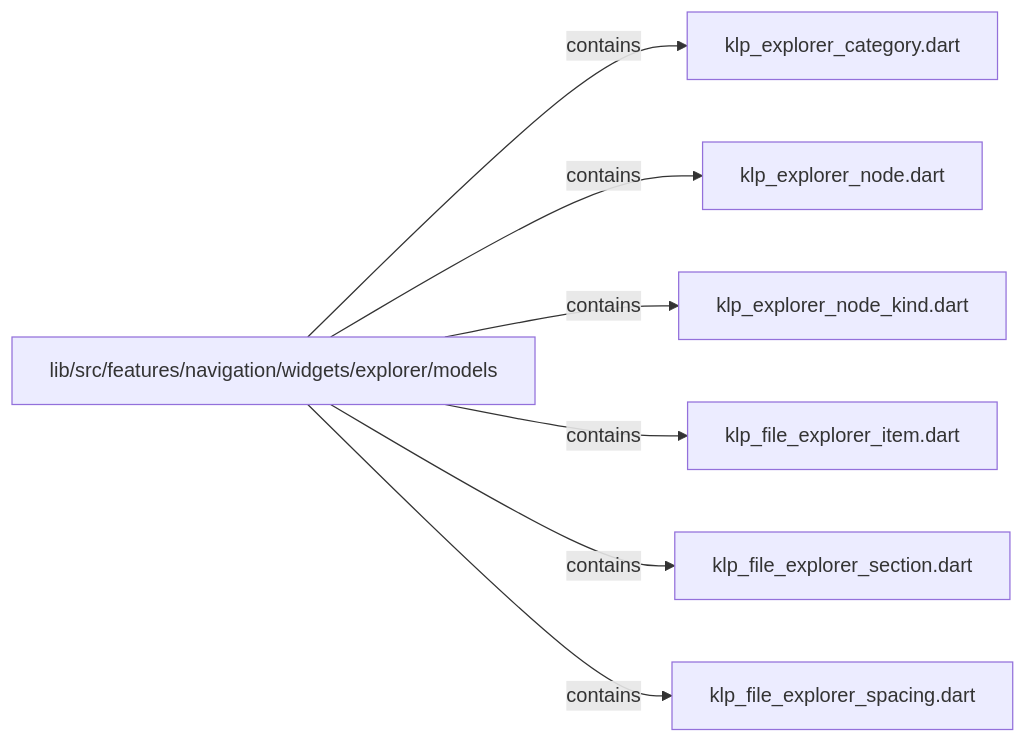
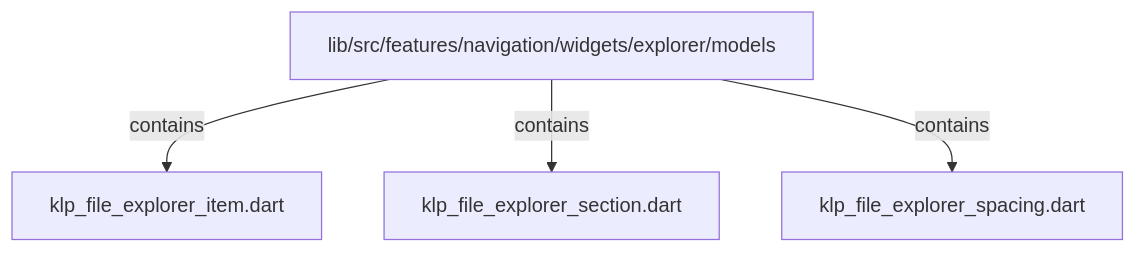
The second of 2 diagrams in docs/architecture/src/features/navigation/widgets/explorer/models/README.md (MiuDog/Kallopis), drawn with Mermaid before and after one commit. The commit also changed other lines of this file and 2796 other files, not shown here.

````diff
--- a/docs/architecture/src/features/navigation/widgets/explorer/models/README.md
+++ b/docs/architecture/src/features/navigation/widgets/explorer/models/README.md
@@ -26,16 +26,10 @@
 ```mermaid
-flowchart LR
+flowchart TD
 	n0["lib/src/features/navigation/widgets/explorer/models"]
-	n1["klp_explorer_category.dart"]
-	n2["klp_explorer_node.dart"]
-	n3["klp_explorer_node_kind.dart"]
-	n4["klp_file_explorer_item.dart"]
-	n5["klp_file_explorer_section.dart"]
-	n6["klp_file_explorer_spacing.dart"]
+	n1["klp_file_explorer_item.dart"]
+	n2["klp_file_explorer_section.dart"]
+	n3["klp_file_explorer_spacing.dart"]
 	n0 -->|"contains"| n1
 	n0 -->|"contains"| n2
 	n0 -->|"contains"| n3
-	n0 -->|"contains"| n4
-	n0 -->|"contains"| n5
-	n0 -->|"contains"| n6
 ```
````
